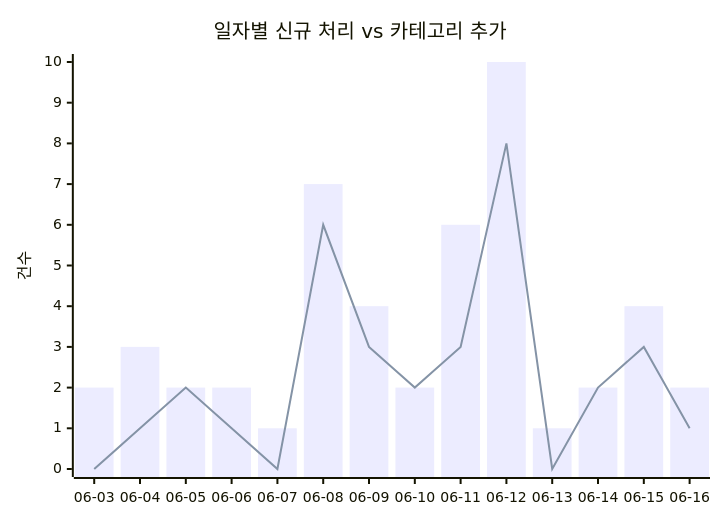
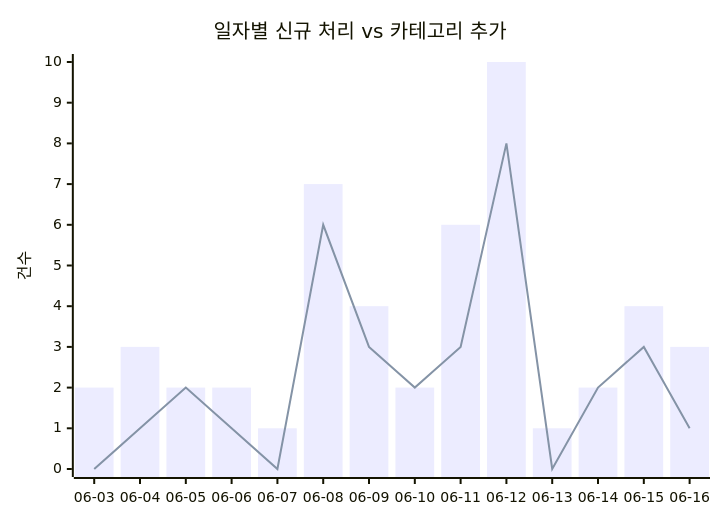
One commit to J-nowcow/awesome-korean-agent-skills changed the first of 2 diagrams in docs/trends.md. Above: the diagram before and after it, drawn with Mermaid. The commit also changed other lines of this file and 2 other files, not shown here.

````diff
--- a/docs/trends.md
+++ b/docs/trends.md
@@ -32,8 +32,8 @@
 ```mermaid
 xychart-beta
     title "일자별 신규 처리 vs 카테고리 추가"
     x-axis ["06-03","06-04","06-05","06-06","06-07","06-08","06-09","06-10","06-11","06-12","06-13","06-14","06-15","06-16"]
     y-axis "건수"
-    bar [2,3,2,2,1,7,4,2,6,10,1,2,4,2]
+    bar [2,3,2,2,1,7,4,2,6,10,1,2,4,3]
     line [0,1,2,1,0,6,3,2,3,8,0,2,3,1]
 ```
````
